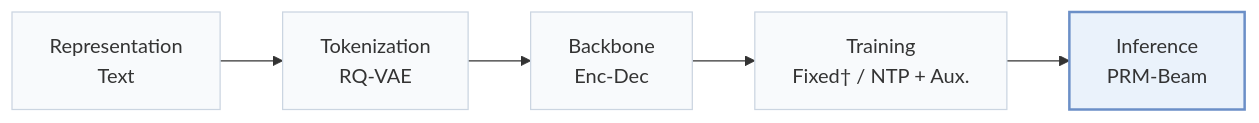
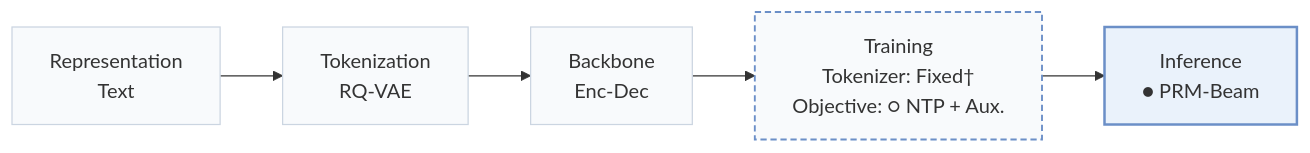
The first of 2 diagrams in pages/papers/promise.md (Galaxy-ghost/Awesome-SID-Generative-Rec), drawn with Mermaid before and after one commit. The commit also changed other lines of this file and 558 other files, not shown here.

````diff
--- a/pages/papers/promise.md
+++ b/pages/papers/promise.md
@@ -15,8 +18,10 @@
 ```mermaid
 flowchart LR
-    R["Representation<br/>Text"] --> T["Tokenization<br/>RQ-VAE"] --> B["Backbone<br/>Enc-Dec"] --> TR["Training<br/>Fixed† / NTP + Aux."] --> I["Inference<br/>PRM-Beam"]
+    R["Representation<br/>Text"] --> T["Tokenization<br/>RQ-VAE"] --> B["Backbone<br/>Enc-Dec"] --> TR["Training<br/>Tokenizer: Fixed†<br/>Objective: ○ NTP + Aux."] --> I["Inference<br/>● PRM-Beam"]
     classDef base fill:#f8fafc,stroke:#cbd5e1
     class R,T,B,TR,I base
+    classDef other fill:#f8fafc,stroke:#6b8fc7,stroke-width:1.5px,stroke-dasharray:5 3
+    class TR other
     classDef main fill:#eaf2fb,stroke:#6b8fc7,stroke-width:2px
     class I main
 ```
````
